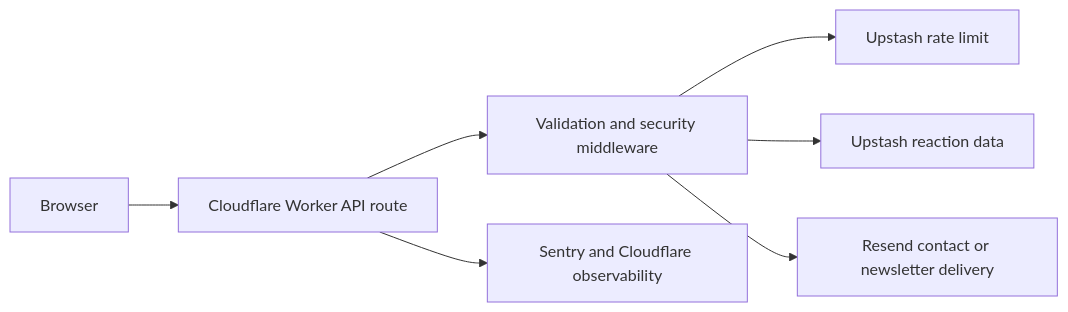
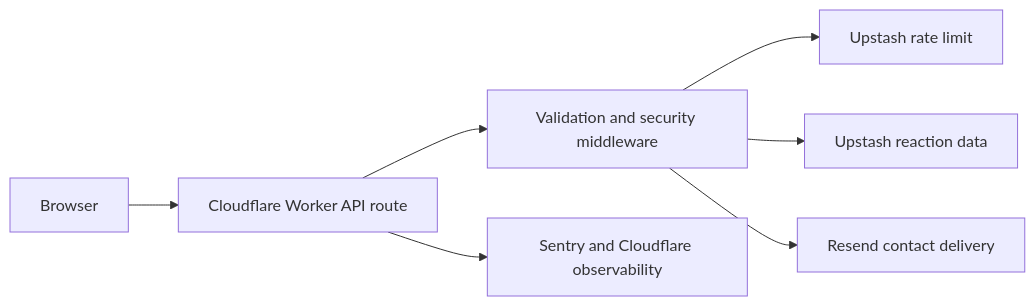
The second of 5 diagrams in docs/architecture/system-architecture.md (piyush97/PiyushMehta.com), drawn with Mermaid before and after one commit. The commit also changed other lines of this file and 53 other files, not shown here.

````diff
--- a/docs/architecture/system-architecture.md
+++ b/docs/architecture/system-architecture.md
@@ -87,9 +86,9 @@
 ```mermaid
 flowchart LR
   A[Browser] --> B[Cloudflare Worker API route]
   B --> C[Validation and security middleware]
   C --> D[Upstash rate limit]
   C --> E[Upstash reaction data]
-  C --> F[Resend contact or newsletter delivery]
+  C --> F[Resend contact delivery]
   B --> G[Sentry and Cloudflare observability]
 ```
````
